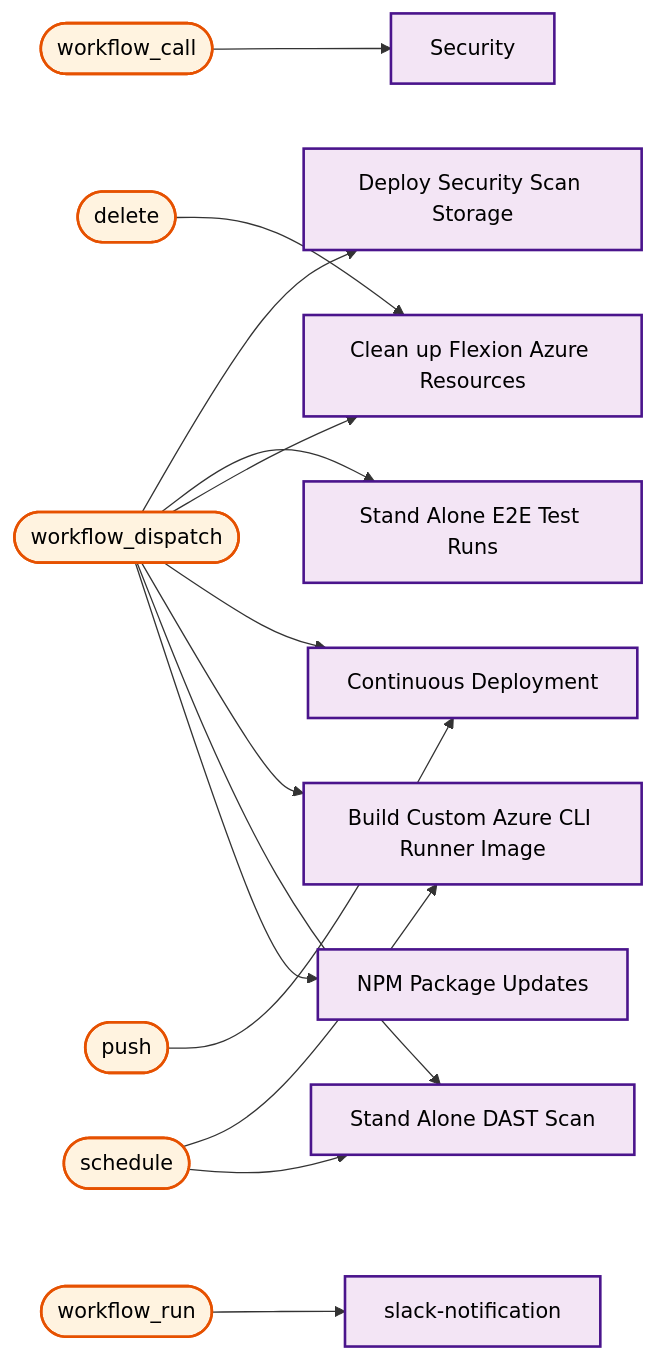
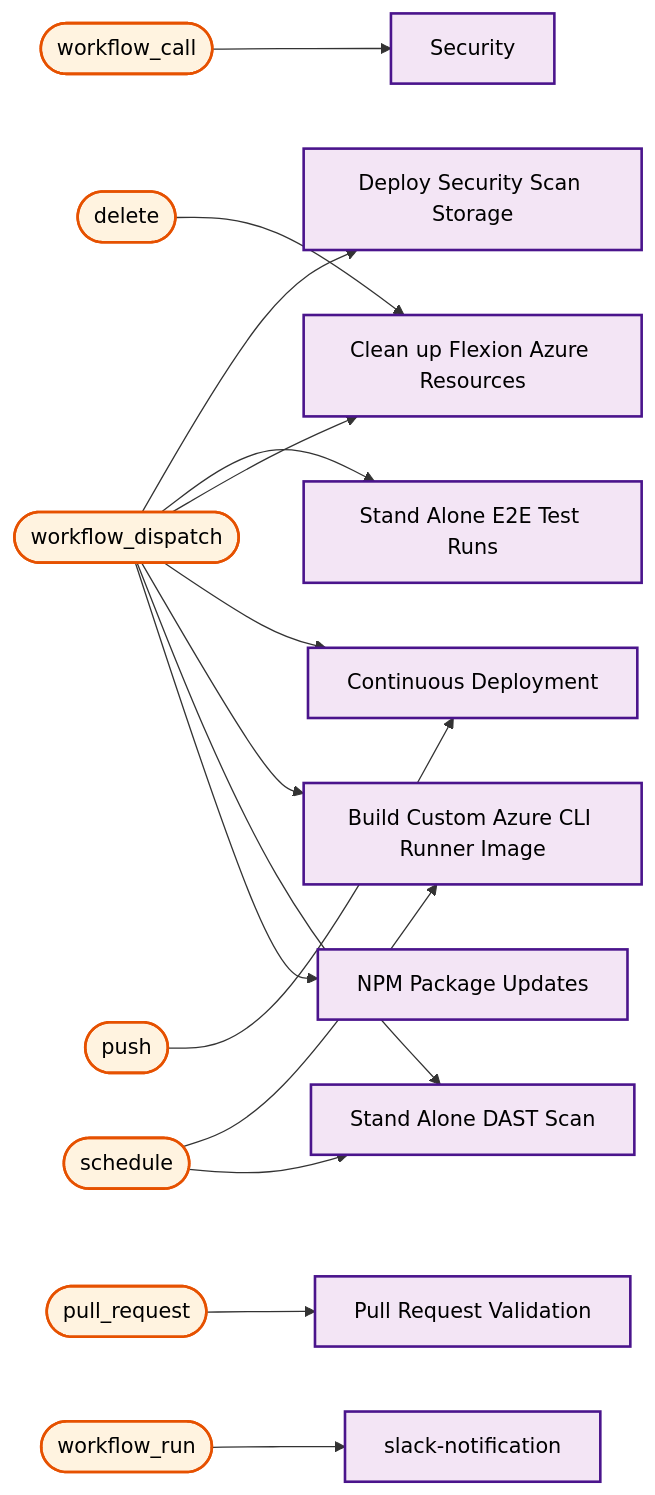
One commit to US-Trustee-Program/Bankruptcy-Oversight-Support-Systems changed diagram 22 of 22 in docs/operations/workflow-diagram.md. Above: the diagram before and after it, drawn with Mermaid. The commit also changed other lines of this file and 1 other file, not shown here.

First line of the commit message:
Add PR validation workflow for pre-merge e2e testing

````diff
--- a/docs/operations/workflow-diagram.md
+++ b/docs/operations/workflow-diagram.md
@@ -1169,55 +1342,60 @@
 ```mermaid
 flowchart LR
     trigger_workflow_call(["workflow_call"])
     sub_security_scan_yml["Security"]
     trigger_workflow_dispatch(["workflow_dispatch"])
     deploy_security_scan_storage_yml["Deploy Security Scan Storage"]
     e2e_test_yml["Stand Alone E2E Test Runs"]
     azure_remove_branch_yml["Clean up Flexion Azure Resources"]
     continuous_deployment_yml["Continuous Deployment"]
     build_azure_cli_image_yml["Build Custom Azure CLI Runner Image"]
     dast_scan_yml["Stand Alone DAST Scan"]
     update_dependencies_yml["NPM Package Updates"]
     trigger_delete(["delete"])
     azure_remove_branch_yml["Clean up Flexion Azure Resources"]
+    trigger_pull_request(["pull_request"])
+    pr_validation_yml["Pull Request Validation"]
     trigger_push(["push"])
     continuous_deployment_yml["Continuous Deployment"]
     trigger_schedule(["schedule"])
     build_azure_cli_image_yml["Build Custom Azure CLI Runner Image"]
     dast_scan_yml["Stand Alone DAST Scan"]
     trigger_workflow_run(["workflow_run"])
     slack_notification_yml["slack-notification"]
 
     trigger_workflow_call --> sub_security_scan_yml
     trigger_workflow_dispatch --> deploy_security_scan_storage_yml
     trigger_workflow_dispatch --> e2e_test_yml
     trigger_workflow_dispatch --> azure_remove_branch_yml
     trigger_workflow_dispatch --> continuous_deployment_yml
     trigger_workflow_dispatch --> build_azure_cli_image_yml
     trigger_workflow_dispatch --> dast_scan_yml
     trigger_workflow_dispatch --> update_dependencies_yml
     trigger_delete --> azure_remove_branch_yml
+    trigger_pull_request --> pr_validation_yml
     trigger_push --> continuous_deployment_yml
     trigger_schedule --> build_azure_cli_image_yml
     trigger_schedule --> dast_scan_yml
     trigger_workflow_run --> slack_notification_yml
 
     classDef mainWorkflow fill:#f3e5f5,stroke:#4a148c,stroke-width:2px,color:#000000
     classDef trigger fill:#fff3e0,stroke:#e65100,stroke-width:2px,color:#000000
 
     class trigger_workflow_call trigger
     class trigger_workflow_dispatch trigger
     class trigger_delete trigger
+    class trigger_pull_request trigger
     class trigger_push trigger
     class trigger_schedule trigger
     class trigger_workflow_run trigger
     class sub_security_scan_yml mainWorkflow
     class deploy_security_scan_storage_yml mainWorkflow
     class e2e_test_yml mainWorkflow
     class azure_remove_branch_yml mainWorkflow
+    class pr_validation_yml mainWorkflow
     class continuous_deployment_yml mainWorkflow
     class build_azure_cli_image_yml mainWorkflow
     class dast_scan_yml mainWorkflow
     class update_dependencies_yml mainWorkflow
     class slack_notification_yml mainWorkflow
 ```
````
